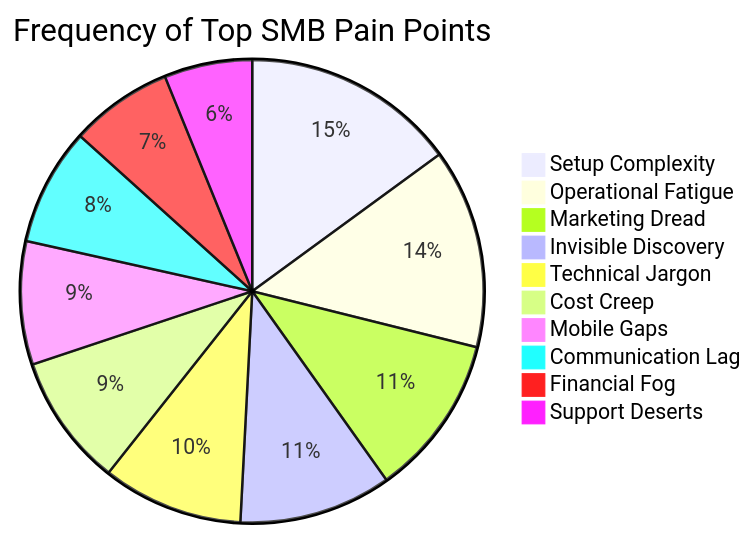
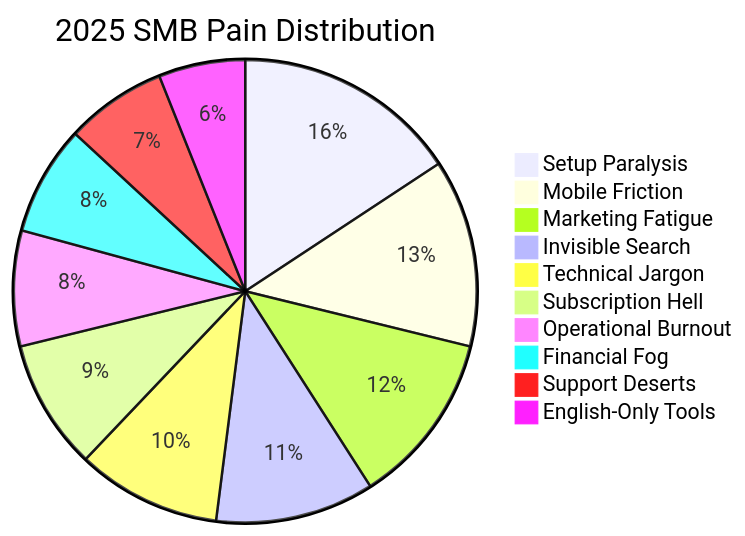
The diagram in docs/research/smb_pain_points_top_10.md (omnisolo-llc/onehumancorp), drawn with Mermaid before and after one commit. The commit also changed other lines of this file and 7 other files, not shown here.

````diff
--- a/docs/research/smb_pain_points_top_10.md
+++ b/docs/research/smb_pain_points_top_10.md
@@ -6,13 +6,13 @@
 ```mermaid
-pie title Frequency of Top SMB Pain Points
-    "Setup Complexity" : 73
-    "Operational Fatigue" : 68
-    "Marketing Dread" : 55
-    "Invisible Discovery" : 52
-    "Technical Jargon" : 48
-    "Cost Creep" : 45
-    "Mobile Gaps" : 42
-    "Communication Lag" : 40
-    "Financial Fog" : 35
-    "Support Deserts" : 30
+pie title 2025 SMB Pain Distribution
+    "Setup Paralysis" : 78
+    "Mobile Friction" : 65
+    "Marketing Fatigue" : 60
+    "Invisible Search" : 55
+    "Technical Jargon" : 50
+    "Subscription Hell" : 45
+    "Operational Burnout" : 40
+    "Financial Fog" : 38
+    "Support Deserts" : 35
+    "English-Only Tools" : 30
 ```
````
